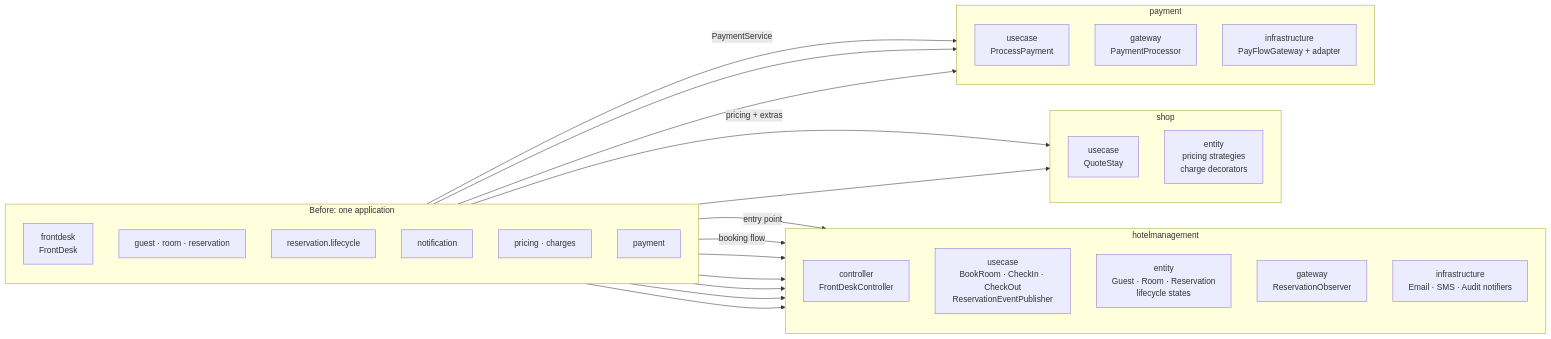
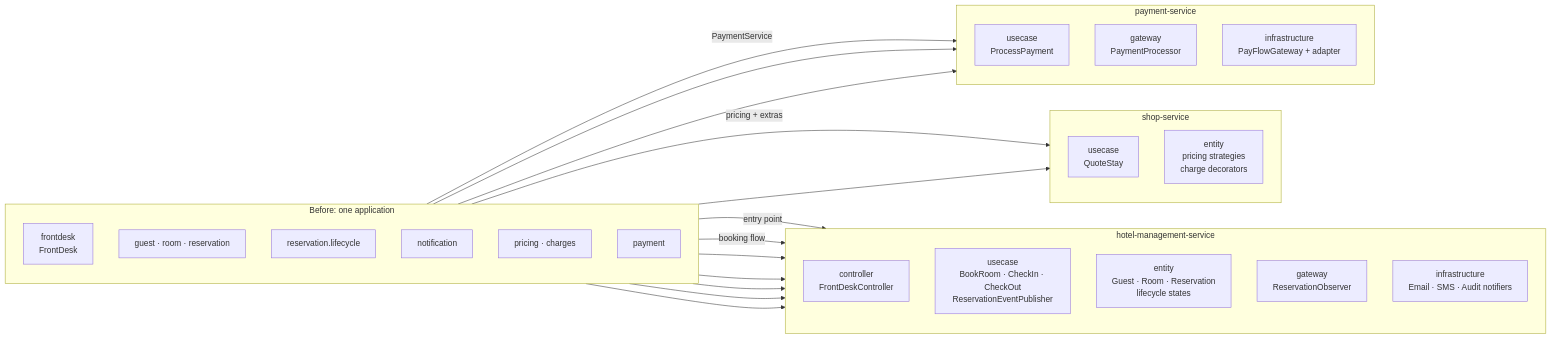
The first of 4 diagrams in docs/architecture.md (upb-fils-inter-proj/asd-hotel-reservation-nonaislop), drawn with Mermaid before and after one commit. The commit also changed other lines of this file and 129 other files, not shown here.

````diff
--- a/docs/architecture.md
+++ b/docs/architecture.md
@@ -30,47 +35,47 @@
 ```mermaid
 flowchart LR
     subgraph before["Before: one application"]
         direction TB
         b_fd["frontdesk<br/>FrontDesk"]
         b_dom["guest · room · reservation"]
         b_lc["reservation.lifecycle"]
         b_not["notification"]
         b_pri["pricing · charges"]
         b_pay["payment"]
     end
 
-    subgraph hm["hotelmanagement"]
+    subgraph hm["hotel-management-service"]
         direction TB
         hm_c["controller<br/>FrontDeskController"]
         hm_u["usecase<br/>BookRoom · CheckIn · CheckOut<br/>ReservationEventPublisher"]
         hm_e["entity<br/>Guest · Room · Reservation<br/>lifecycle states"]
         hm_g["gateway<br/>ReservationObserver"]
         hm_i["infrastructure<br/>Email · SMS · Audit notifiers"]
     end
 
-    subgraph sh["shop"]
+    subgraph sh["shop-service"]
         direction TB
         sh_u["usecase<br/>QuoteStay"]
         sh_e["entity<br/>pricing strategies<br/>charge decorators"]
     end
 
-    subgraph pa["payment"]
+    subgraph pa["payment-service"]
         direction TB
         pa_u["usecase<br/>ProcessPayment"]
         pa_g["gateway<br/>PaymentProcessor"]
         pa_i["infrastructure<br/>PayFlowGateway + adapter"]
     end
 
     b_fd -- "entry point" --> hm_c
     b_fd -- "booking flow" --> hm_u
     b_fd -- "pricing + extras" --> sh_u
     b_dom --> hm_e
     b_lc --> hm_e
     b_not --> hm_g
     b_not --> hm_u
     b_not --> hm_i
     b_pri --> sh_e
     b_pay -- "PaymentService" --> pa_u
     b_pay --> pa_g
     b_pay --> pa_i
 ```
````
